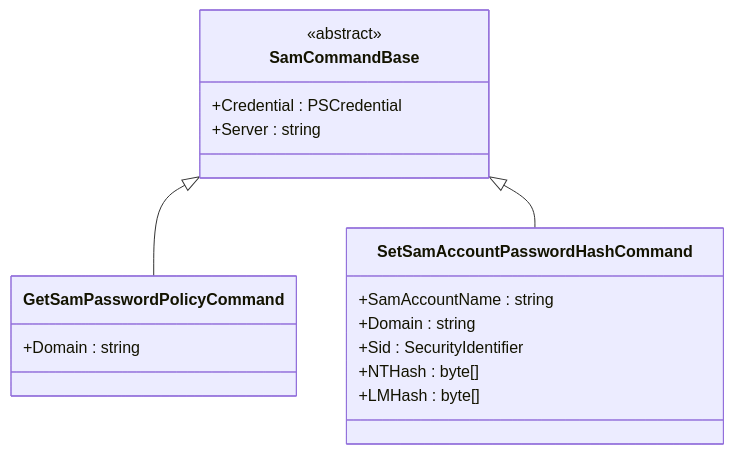
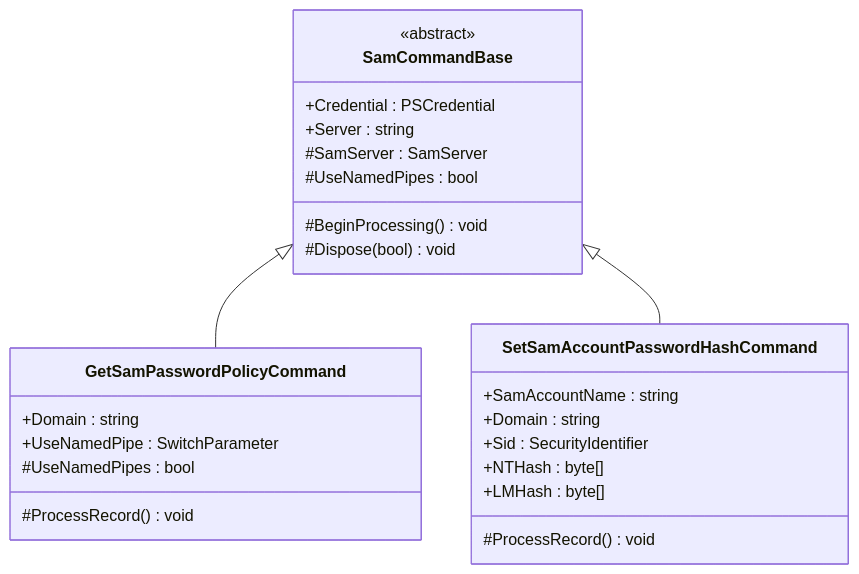
One commit to MichaelGrafnetter/DSInternals changed the seventh of 10 diagrams in Src/DSInternals.PowerShell/Commands/README.md. Above: the diagram before and after it, drawn with Mermaid. The commit also changed other lines of this file and 286 other files, not shown here.

````diff
--- a/Src/DSInternals.PowerShell/Commands/README.md
+++ b/Src/DSInternals.PowerShell/Commands/README.md
@@ -320,21 +537,29 @@
 ```mermaid
 classDiagram
     direction TB
     class SamCommandBase {
         <<abstract>>
         +Credential : PSCredential
         +Server : string
+        #SamServer : SamServer
+        #UseNamedPipes : bool
+        #BeginProcessing() void
+        #Dispose(bool) void
     }
     class GetSamPasswordPolicyCommand {
         +Domain : string
+        +UseNamedPipe : SwitchParameter
+        #UseNamedPipes : bool
+        #ProcessRecord() void
     }
     class SetSamAccountPasswordHashCommand {
         +SamAccountName : string
         +Domain : string
         +Sid : SecurityIdentifier
         +NTHash : byte[]
         +LMHash : byte[]
+        #ProcessRecord() void
     }
     SamCommandBase <|-- GetSamPasswordPolicyCommand
     SamCommandBase <|-- SetSamAccountPasswordHashCommand
 ```
````
